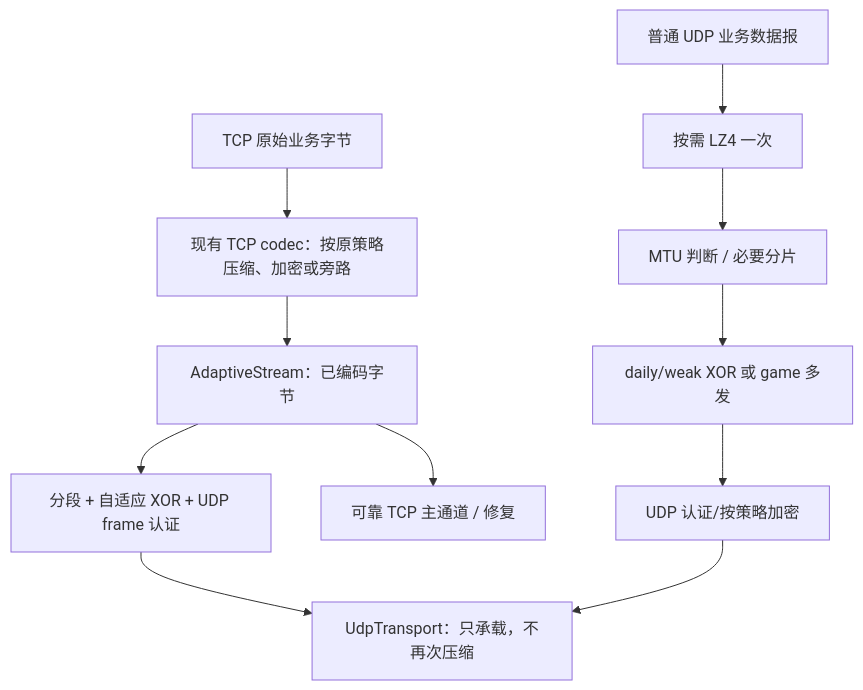
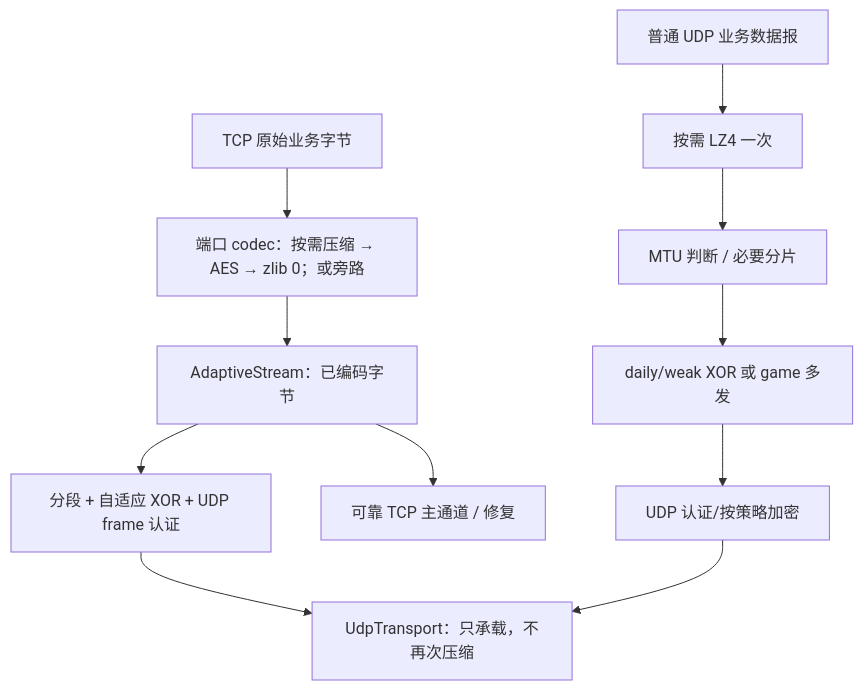
Before and after one commit to RockyLOMO/rxlib: the second of 3 diagrams in docs/rss-upstream-profile-consolidation-plan.md, drawn with Mermaid. The commit also changed other lines of this file, not shown here.

Commit message:
docs: unify RSS port codec policy, DNS interception and AES zlib wrapping

````diff
--- a/docs/rss-upstream-profile-consolidation-plan.md
+++ b/docs/rss-upstream-profile-consolidation-plan.md
@@ -269,13 +276,13 @@
 ```mermaid
 flowchart TD
-  A["TCP 原始业务字节"] --> B["现有 TCP codec：按原策略压缩、加密或旁路"]
+  A["TCP 原始业务字节"] --> B["端口 codec：按需压缩 → AES → zlib 0；或旁路"]
   B --> C["AdaptiveStream：已编码字节"]
   C --> D["分段 + 自适应 XOR + UDP frame 认证"]
   C --> E["可靠 TCP 主通道 / 修复"]
   D --> F["UdpTransport：只承载，不再次压缩"]
   G["普通 UDP 业务数据报"] --> H["按需 LZ4 一次"]
   H --> I["MTU 判断 / 必要分片"]
   I --> J["daily/weak XOR 或 game 多发"]
   J --> K["UDP 认证/按策略加密"]
   K --> F
 ```
````
